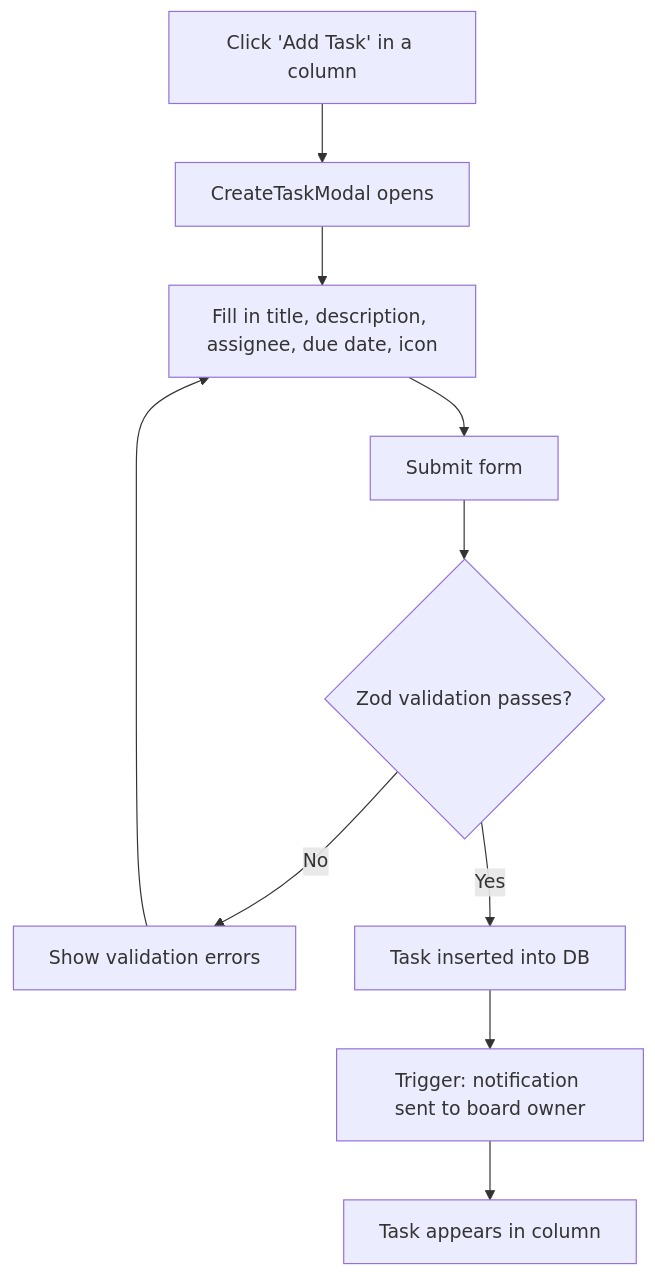
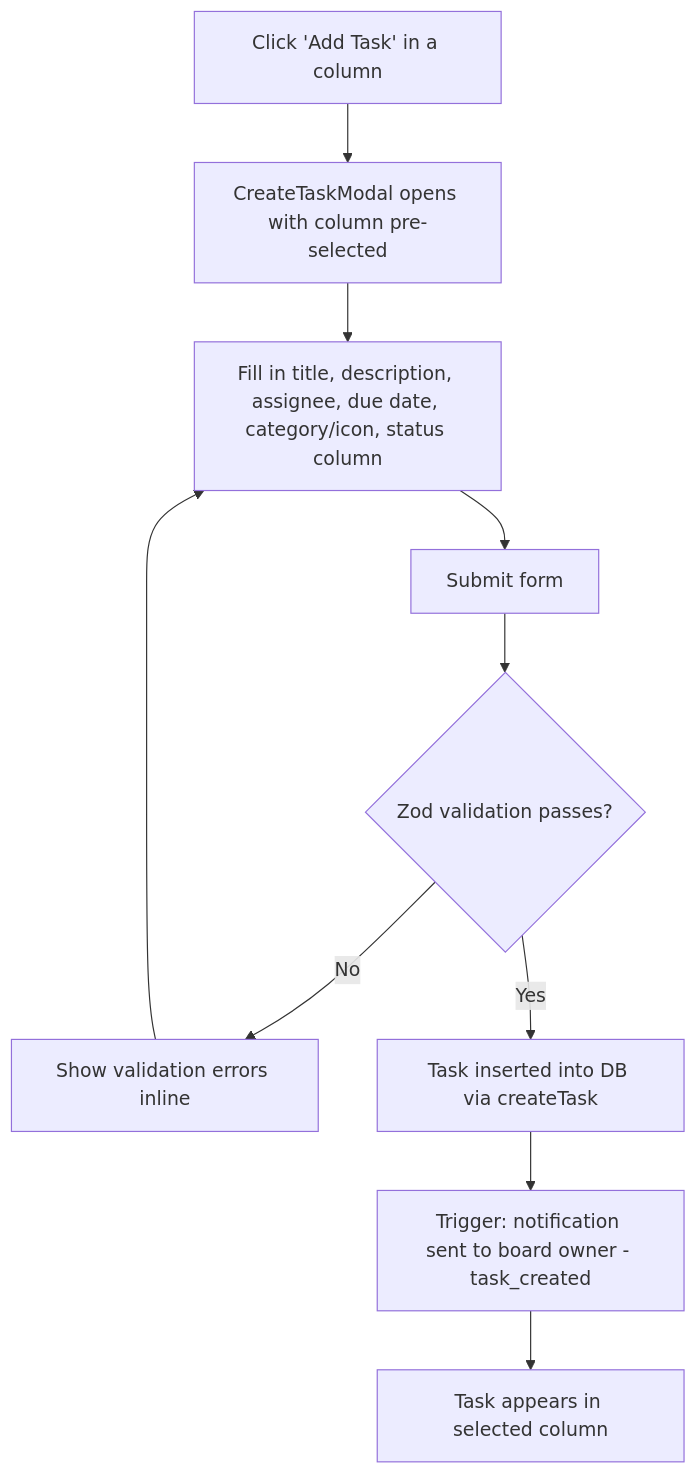
One commit to PrakritOjha/flowlink-tasks changed the tenth of 31 diagrams in userflow.md. Above: the diagram before and after it, drawn with Mermaid. The commit also changed other lines of this file and 4 other files, not shown here.

First line of the commit message:
feat: Update user flow documentation with detailed steps for account creation, sign in, and board management

````diff
--- a/userflow.md
+++ b/userflow.md
@@ -93,12 +133,12 @@
 ```mermaid
 flowchart TD
-    A[Click 'Add Task' in a column] --> B[CreateTaskModal opens]
-    B --> C[Fill in title, description, assignee, due date, icon]
+    A[Click 'Add Task' in a column] --> B[CreateTaskModal opens with column pre-selected]
+    B --> C[Fill in title, description, assignee, due date, category/icon, status column]
     C --> D[Submit form]
     D --> E{Zod validation passes?}
-    E -- No --> F[Show validation errors]
+    E -- No --> F[Show validation errors inline]
     F --> C
-    E -- Yes --> G[Task inserted into DB]
-    G --> H[Trigger: notification sent to board owner]
-    H --> I[Task appears in column]
+    E -- Yes --> G[Task inserted into DB via createTask]
+    G --> H[Trigger: notification sent to board owner - task_created]
+    H --> I[Task appears in selected column]
 ```
````
